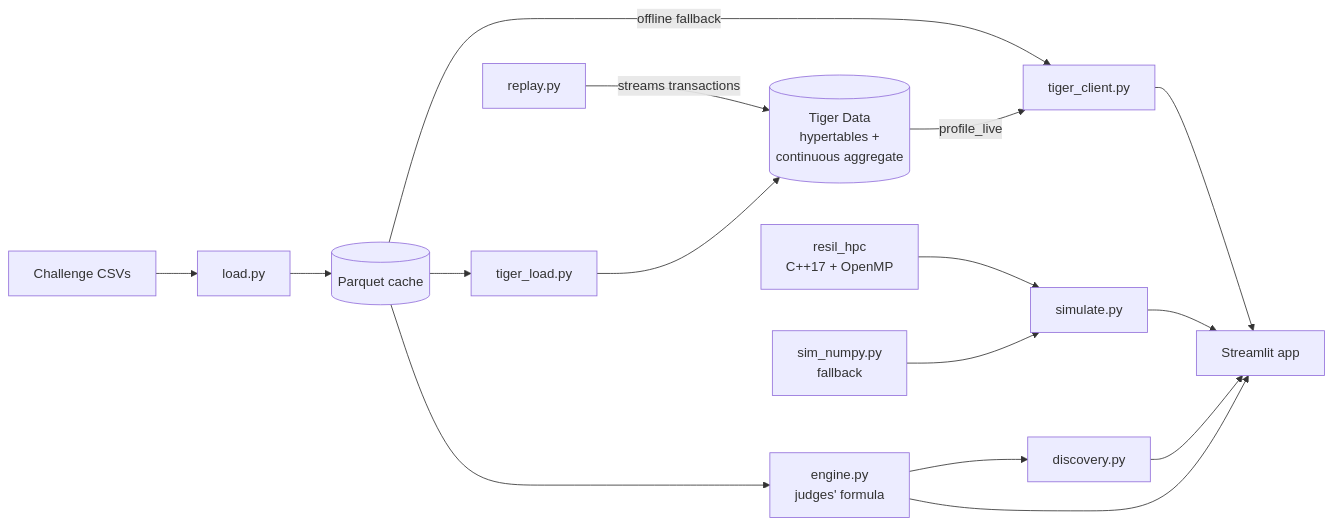
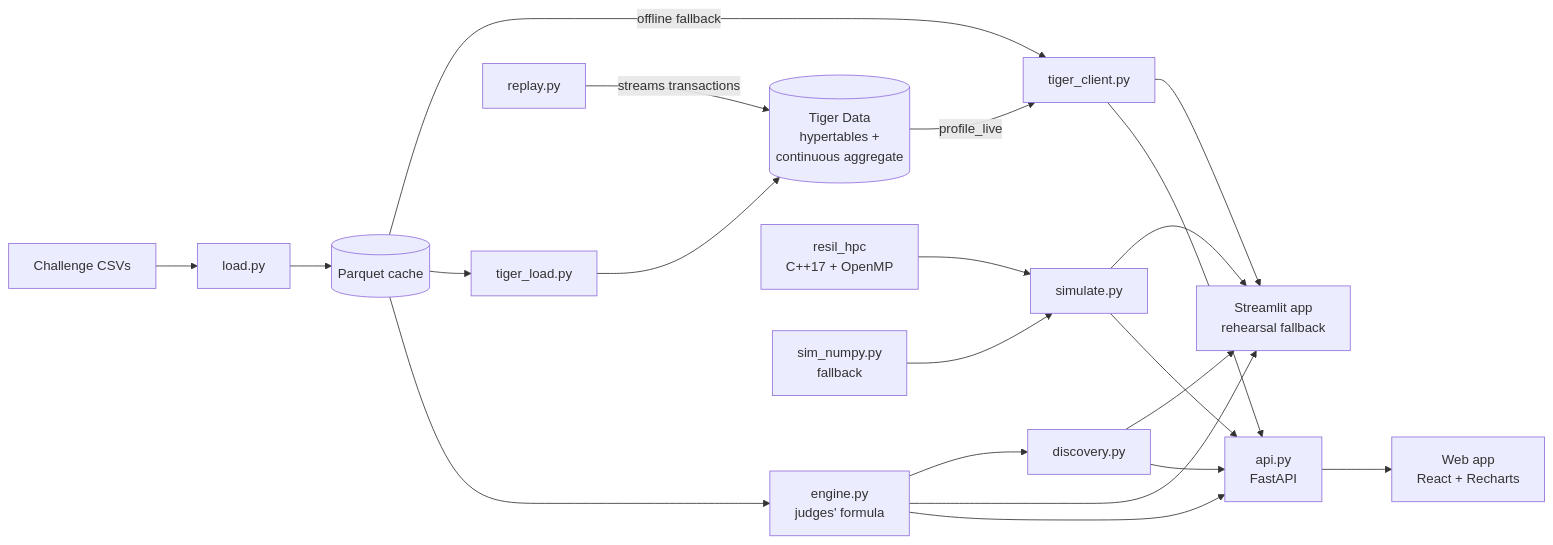
The diagram in README.md (seanyzlee/sheridan-datathon), drawn with Mermaid before and after one commit. The commit also changed other lines of this file and 62 other files, not shown here.

First line of the commit message:
Toonie web app, Shock Autopilot, assistant, and how-it-works docs

````diff
--- a/README.md
+++ b/README.md
@@ -28,15 +34,20 @@
 ```mermaid
 flowchart LR
     CSV[Challenge CSVs] --> LOAD[load.py] --> PQ[(Parquet cache)]
     PQ --> ENGINE[engine.py<br/>judges' formula]
     PQ --> TL[tiger_load.py] --> TIGER[(Tiger Data<br/>hypertables +<br/>continuous aggregate)]
     REPLAY[replay.py] -->|streams transactions| TIGER
     TIGER -->|profile_live| CLIENT[tiger_client.py]
     PQ -->|offline fallback| CLIENT
-    ENGINE --> APP[Streamlit app]
+    ENGINE --> API[api.py<br/>FastAPI]
+    CLIENT --> API
+    API --> WEB[Web app<br/>React + Recharts]
+    ENGINE --> APP[Streamlit app<br/>rehearsal fallback]
     CLIENT --> APP
     HPC[resil_hpc<br/>C++17 + OpenMP] --> SIM[simulate.py]
     NP[sim_numpy.py<br/>fallback] --> SIM
+    SIM --> API
     SIM --> APP
-    ENGINE --> DISC[discovery.py] --> APP
+    ENGINE --> DISC[discovery.py] --> API
+    DISC --> APP
 ```
````
